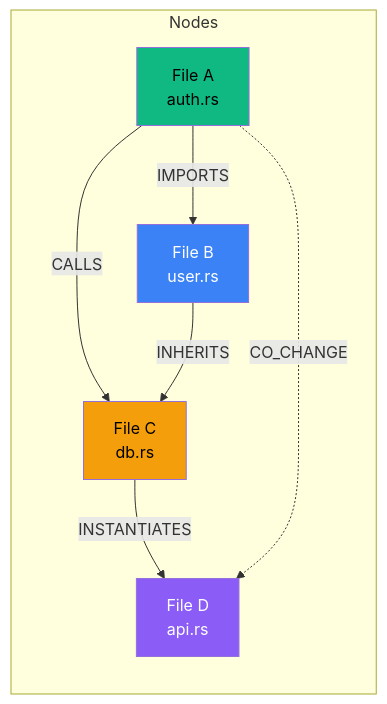
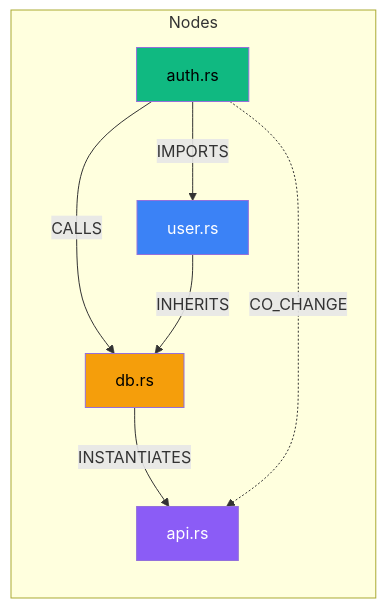
Before and after one commit to steeltroops-ai/omnicontext: the seventh of 13 diagrams in website/docs/architecture.md, drawn with Mermaid. The commit also changed other lines of this file and 71 other files, not shown here.

````diff
--- a/website/docs/architecture.md
+++ b/website/docs/architecture.md
@@ -282,20 +300,20 @@
 ```mermaid
 graph LR
     subgraph Nodes
-        A[File A<br/>auth.rs]
-        B[File B<br/>user.rs]
-        C[File C<br/>db.rs]
-        D[File D<br/>api.rs]
+        A[auth.rs]
+        B[user.rs]
+        C[db.rs]
+        D[api.rs]
     end
-    
+
     A -->|IMPORTS| B
     A -->|CALLS| C
     B -->|INHERITS| C
     C -->|INSTANTIATES| D
     A -.->|CO_CHANGE| D
-    
+
     style A fill:#10b981,color:#000
     style B fill:#3b82f6,color:#fff
     style C fill:#f59e0b,color:#000
     style D fill:#8b5cf6,color:#fff
 ```
````
